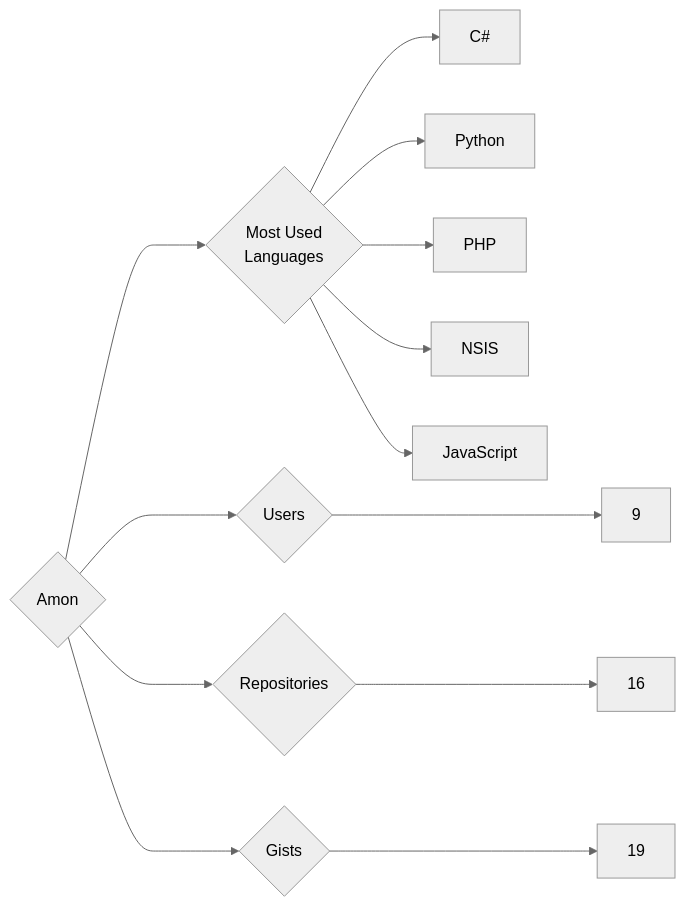
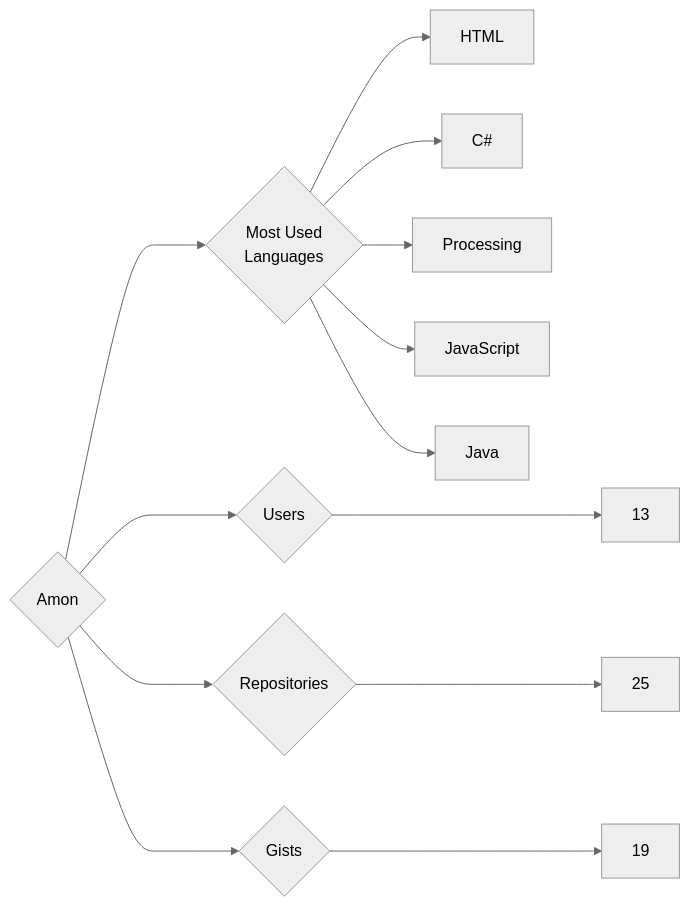
One commit to trickest/insiders changed the diagram in targets/Amon/README.md. Above: the diagram before and after it, drawn with Mermaid (neutral theme). The commit also changed 965 other files, not shown here.

````diff
--- a/targets/Amon/README.md
+++ b/targets/Amon/README.md
@@ -3,13 +3,13 @@
 ```mermaid
 graph LR
 COMPANY_NAME{Amon}
-COMPANY_NAME ---> U{Users} ---> UN[9]
-COMPANY_NAME ---> R{Repositories} ---> RN[16]
+COMPANY_NAME ---> U{Users} ---> UN[13]
+COMPANY_NAME ---> R{Repositories} ---> RN[25]
 COMPANY_NAME ---> G{Gists} ---> GN[19]
 COMPANY_NAME ---> ML{Most Used<br>Languages}
+ML --> HTML[HTML]
 ML --> C#[C#]
-ML --> Python[Python]
-ML --> PHP[PHP]
-ML --> NSIS[NSIS]
+ML --> Processing[Processing]
 ML --> JavaScript[JavaScript]
+ML --> Java[Java]
 ```
````
